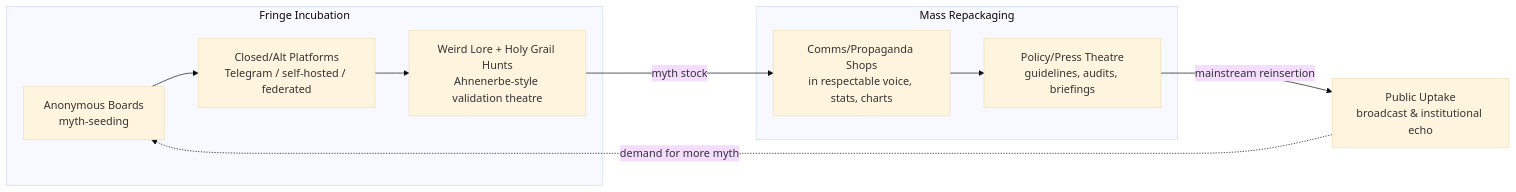
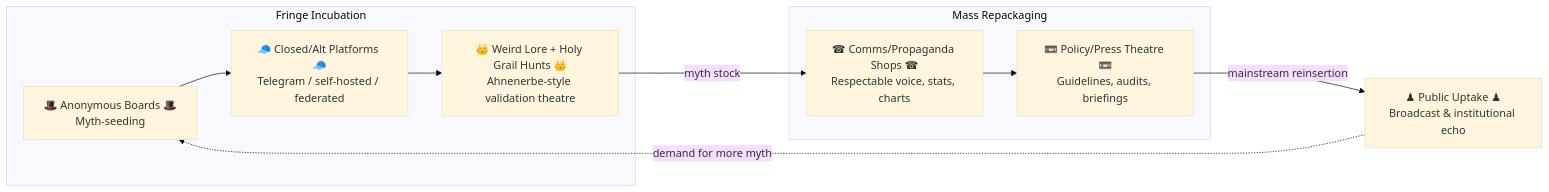
Before and after one commit to josefsbreakfast/Polaris-Protocol: the third of 3 diagrams in Disruption_Kit/Big_Picture_Protocols/🌀_System_Governance/🧪_failure_recycling.md, drawn with Mermaid (base theme). The commit also changed other lines of this file, not shown here.

````diff
--- a/Disruption_Kit/Big_Picture_Protocols/🌀_System_Governance/🧪_failure_recycling.md
+++ b/Disruption_Kit/Big_Picture_Protocols/🌀_System_Governance/🧪_failure_recycling.md
@@ -138,15 +138,13 @@
 ```mermaid
 flowchart LR
     subgraph Fringe Incubation
-      S1[Anonymous Boards<br/>myth-seeding] --> S2[Closed/Alt Platforms<br/>Telegram / self-hosted / federated]
-      S2 --> S3[Weird Lore + Holy Grail Hunts<br/>Ahnenerbe-style validation theatre]
+      S1[🎩 Anonymous Boards 🎩<br>Myth-seeding] --> S2[🧢 Closed/Alt Platforms 🧢<br>Telegram / self-hosted / federated]
+      S2 --> S3[👑 Weird Lore + Holy Grail Hunts 👑<br>Ahnenerbe-style validation theatre]
     end
-
     subgraph Mass Repackaging
-      G1[Comms/Propaganda Shops<br/>in respectable voice, stats, charts] --> G2[Policy/Press Theatre<br/>guidelines, audits, briefings]
+      G1[☎ Comms/Propaganda Shops ☎<br>Respectable voice, stats, charts] --> G2[📼 Policy/Press Theatre 📼<br>Guidelines, audits, briefings]
     end
-
     S3 -->|myth stock| G1
-    G2 -->|mainstream reinsertion| M[Public Uptake<br/>broadcast & institutional echo]
+    G2 -->|mainstream reinsertion| M[♟ Public Uptake ♟<br>Broadcast & institutional echo]
     M -. demand for more myth .-> S1
 ```
````
